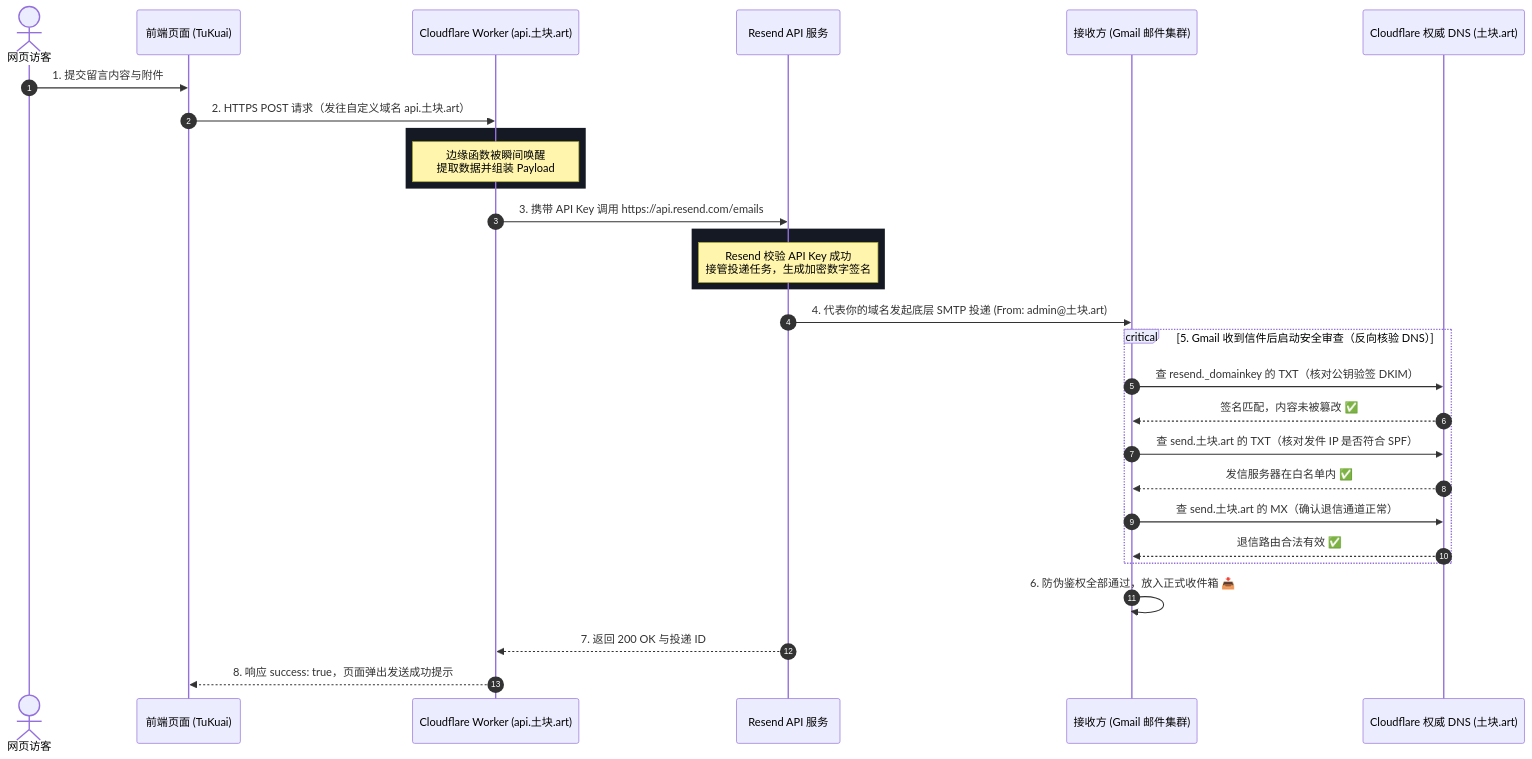
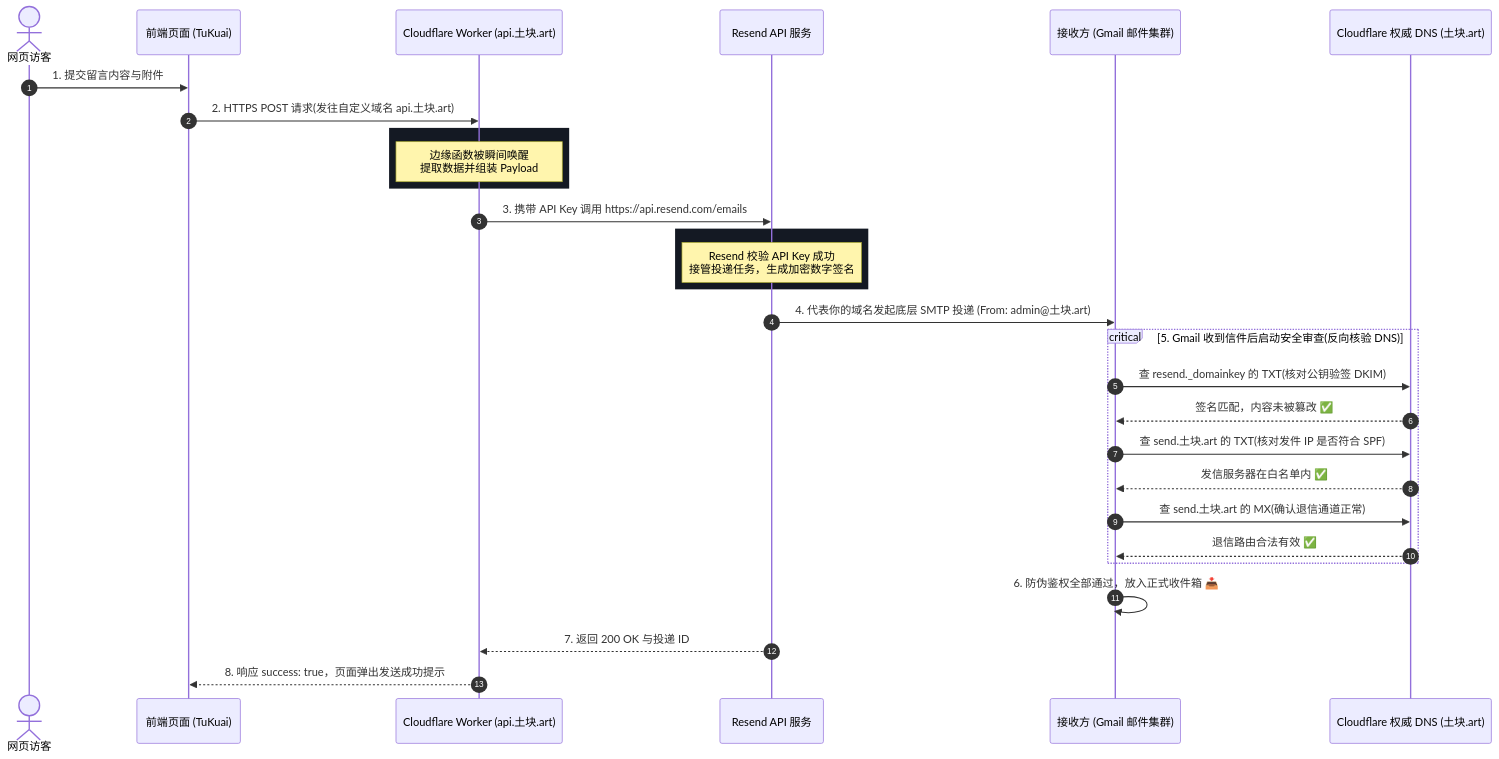
The diagram in research/Geek空间/Resend 无服务架构.md (GallantTarry/GallantTarry), drawn with Mermaid before and after one commit. The commit also changed other lines of this file and 209 other files, not shown here.

````diff
--- a/research/Geek空间/Resend 无服务架构.md
+++ b/research/Geek空间/Resend 无服务架构.md
@@ -19,38 +19,38 @@
 ```mermaid
 sequenceDiagram
     autonumber
     actor User as 网页访客
     participant Front as 前端页面 (TuKuai)
     participant Worker as Cloudflare Worker (api.土块.art)
     participant Resend as Resend API 服务
     participant Gmail as 接收方 (Gmail 邮件集群)
     participant DNS as Cloudflare 权威 DNS (土块.art)
 
     User->>Front: 1. 提交留言内容与附件
-    Front->>Worker: 2. HTTPS POST 请求（发往自定义域名 api.土块.art）
+    Front->>Worker: 2. HTTPS POST 请求(发往自定义域名 api.土块.art)
     
     rect rgb(20, 25, 35)
         Note over Worker: 边缘函数被瞬间唤醒<br/>提取数据并组装 Payload
     end
     
     Worker->>Resend: 3. 携带 API Key 调用 https://api.resend.com/emails
     
     rect rgb(20, 25, 35)
         Note over Resend: Resend 校验 API Key 成功<br/>接管投递任务，生成加密数字签名
     end
     
     Resend->>Gmail: 4. 代表你的域名发起底层 SMTP 投递 (From: admin@土块.art)
     
-    critical 5. Gmail 收到信件后启动安全审查（反向核验 DNS）
-        Gmail->>DNS: 查 resend._domainkey 的 TXT（核对公钥验签 DKIM）
+    critical 5. Gmail 收到信件后启动安全审查(反向核验 DNS)
+        Gmail->>DNS: 查 resend._domainkey 的 TXT(核对公钥验签 DKIM)
         DNS-->>Gmail: 签名匹配，内容未被篡改 ✅
-        Gmail->>DNS: 查 send.土块.art 的 TXT（核对发件 IP 是否符合 SPF）
+        Gmail->>DNS: 查 send.土块.art 的 TXT(核对发件 IP 是否符合 SPF)
         DNS-->>Gmail: 发信服务器在白名单内 ✅
-        Gmail->>DNS: 查 send.土块.art 的 MX（确认退信通道正常）
+        Gmail->>DNS: 查 send.土块.art 的 MX(确认退信通道正常)
         DNS-->>Gmail: 退信路由合法有效 ✅
     end
     
     Gmail->>Gmail: 6. 防伪鉴权全部通过，放入正式收件箱 📥
     Resend-->>Worker: 7. 返回 200 OK 与投递 ID
     Worker-->>Front: 8. 响应 success: true，页面弹出发送成功提示
 ```
````
